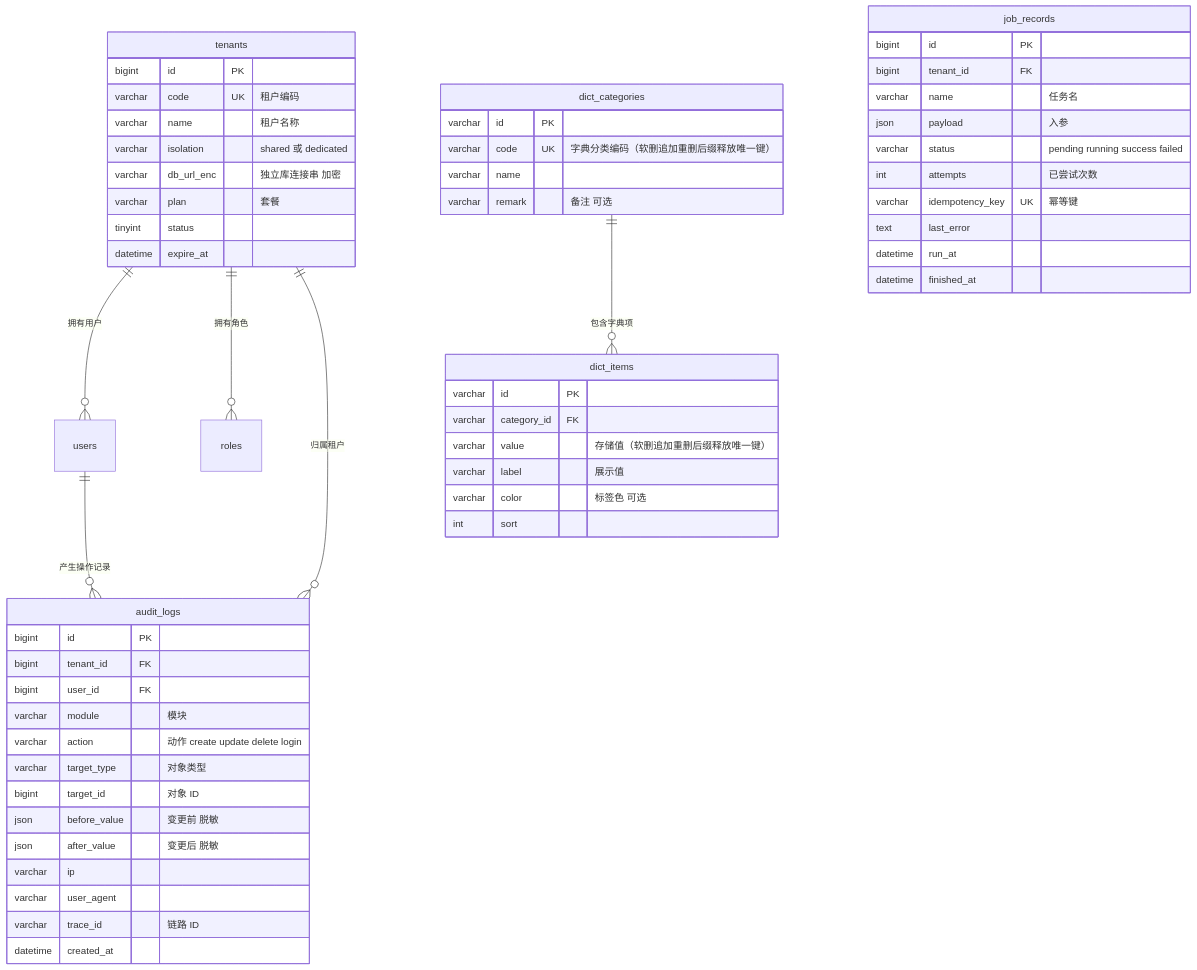
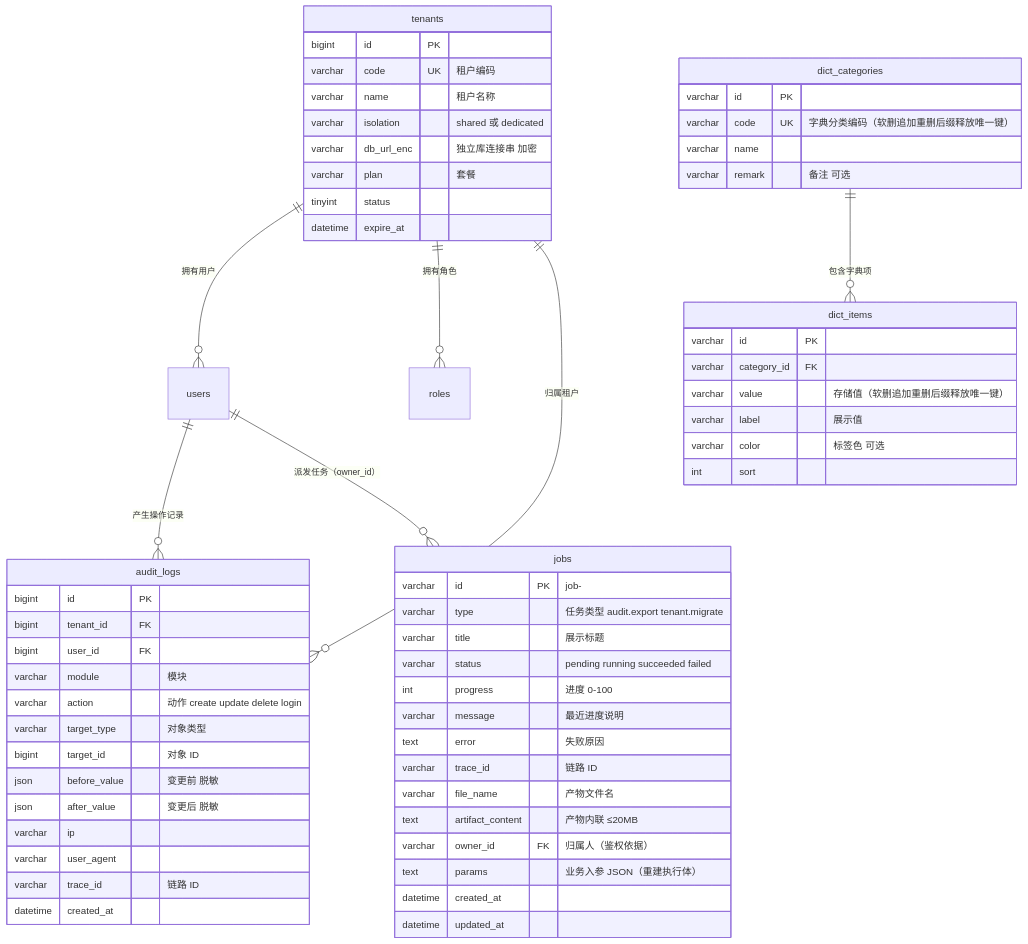
One commit to donttemos/TY changed the second of 2 diagrams in docs/30-data-dictionary.md. Above: the diagram before and after it, drawn with Mermaid. The commit also changed other lines of this file and 26 other files, not shown here.

First line of the commit message:
feat(jobs): M10 E-01 任务中心驱动化——JobCenterPort + memory/db/bullmq 三驱动，多副本任务面任意实例可达

````diff
--- a/docs/30-data-dictionary.md
+++ b/docs/30-data-dictionary.md
@@ -149,60 +149,65 @@
 ```mermaid
 erDiagram
     tenants ||--o{ users : "拥有用户"
     tenants ||--o{ roles : "拥有角色"
     dict_categories ||--o{ dict_items : "包含字典项"
     users ||--o{ audit_logs : "产生操作记录"
     tenants ||--o{ audit_logs : "归属租户"
+    users ||--o{ jobs : "派发任务（owner_id）"
 
     tenants {
         bigint id PK
         varchar code UK "租户编码"
         varchar name "租户名称"
         varchar isolation "shared 或 dedicated"
         varchar db_url_enc "独立库连接串 加密"
         varchar plan "套餐"
         tinyint status
         datetime expire_at
     }
     dict_categories {
         varchar id PK
         varchar code UK "字典分类编码（软删追加重删后缀释放唯一键）"
         varchar name
         varchar remark "备注 可选"
     }
     dict_items {
         varchar id PK
         varchar category_id FK
         varchar value "存储值（软删追加重删后缀释放唯一键）"
         varchar label "展示值"
         varchar color "标签色 可选"
         int sort
     }
     audit_logs {
         bigint id PK
         bigint tenant_id FK
         bigint user_id FK
         varchar module "模块"
         varchar action "动作 create update delete login"
         varchar target_type "对象类型"
         bigint target_id "对象 ID"
         json before_value "变更前 脱敏"
         json after_value "变更后 脱敏"
         varchar ip
         varchar user_agent
         varchar trace_id "链路 ID"
         datetime created_at
     }
-    job_records {
-        bigint id PK
-        bigint tenant_id FK
-        varchar name "任务名"
-        json payload "入参"
-        varchar status "pending running success failed"
-        int attempts "已尝试次数"
-        varchar idempotency_key UK "幂等键"
-        text last_error
-        datetime run_at
-        datetime finished_at
+    jobs {
+        varchar id PK "job-<uuid>"
+        varchar type "任务类型 audit.export tenant.migrate"
+        varchar title "展示标题"
+        varchar status "pending running succeeded failed"
+        int progress "进度 0-100"
+        varchar message "最近进度说明"
+        text error "失败原因"
+        varchar trace_id "链路 ID"
+        varchar file_name "产物文件名"
+        text artifact_content "产物内联 ≤20MB"
+        varchar owner_id FK "归属人（鉴权依据）"
+        text params "业务入参 JSON（重建执行体）"
+        datetime created_at
+        datetime updated_at
     }
 ```
````
